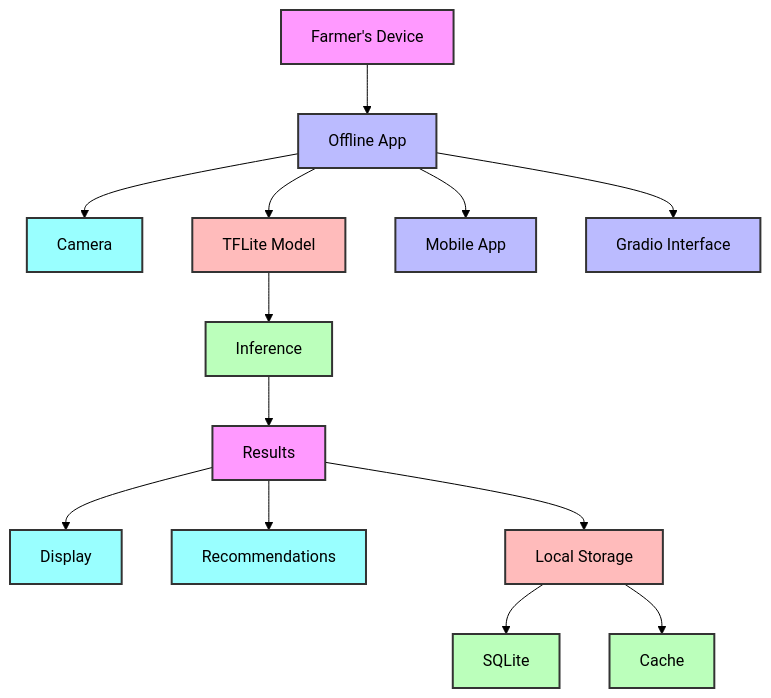
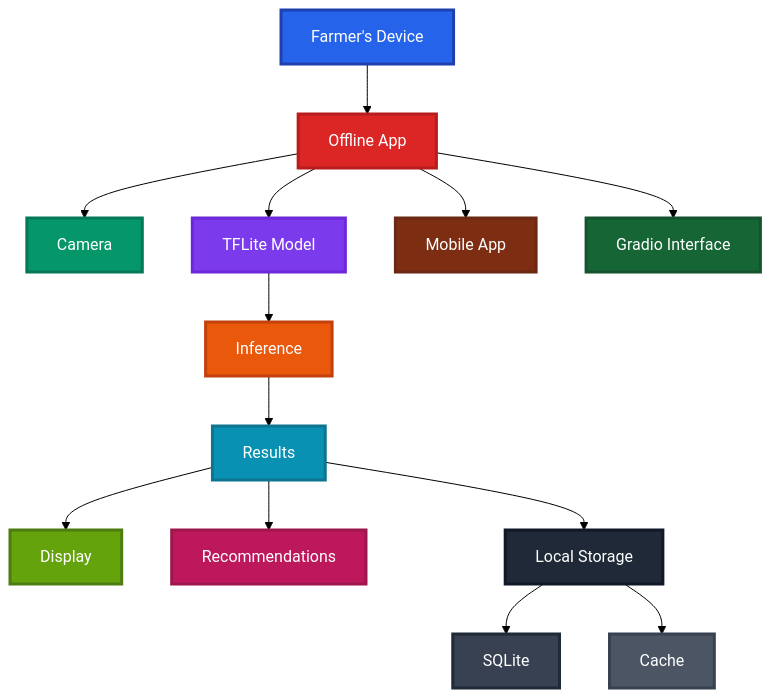
The first of 4 diagrams in docs/ARCHITECTURE.md (VIKAS9793/KrishiRakshak-2.0), drawn with Mermaid (forest theme) before and after one commit. The commit also changed other lines of this file, not shown here.

First line of the commit message:
docs: fix Mermaid diagram rendering issues

````diff
--- a/docs/ARCHITECTURE.md
+++ b/docs/ARCHITECTURE.md
@@ -26,30 +26,30 @@
 ```mermaid
 graph TD
     A[Farmer's Device] --> B[Offline App]
     B --> C[Camera]
     B --> D[TFLite Model]
     D --> E[Inference]
     E --> F[Results]
     F --> G[Display]
     F --> H[Recommendations]
     F --> I[Local Storage]
     
     I --> J[SQLite]
     I --> K[Cache]
     B --> L[Mobile App]
     B --> M[Gradio Interface]
 
-    style A fill:#f9f,stroke:#333,stroke-width:2px
-    style B fill:#bbf,stroke:#333,stroke-width:2px
-    style C fill:#9ff,stroke:#333,stroke-width:2px
-    style D fill:#fbb,stroke:#333,stroke-width:2px
-    style E fill:#bfb,stroke:#333,stroke-width:2px
-    style F fill:#f9f,stroke:#333,stroke-width:2px
-    style G fill:#9ff,stroke:#333,stroke-width:2px
-    style H fill:#9ff,stroke:#333,stroke-width:2px
-    style I fill:#fbb,stroke:#333,stroke-width:2px
-    style J fill:#bfb,stroke:#333,stroke-width:2px
-    style K fill:#bfb,stroke:#333,stroke-width:2px
-    style L fill:#bbf,stroke:#333,stroke-width:2px
-    style M fill:#bbf,stroke:#333,stroke-width:2px
+    style A fill:#2563eb,stroke:#1e40af,stroke-width:3px,color:#ffffff
+    style B fill:#dc2626,stroke:#b91c1c,stroke-width:3px,color:#ffffff
+    style C fill:#059669,stroke:#047857,stroke-width:3px,color:#ffffff
+    style D fill:#7c3aed,stroke:#6d28d9,stroke-width:3px,color:#ffffff
+    style E fill:#ea580c,stroke:#c2410c,stroke-width:3px,color:#ffffff
+    style F fill:#0891b2,stroke:#0e7490,stroke-width:3px,color:#ffffff
+    style G fill:#65a30d,stroke:#4d7c0f,stroke-width:3px,color:#ffffff
+    style H fill:#be185d,stroke:#9d174d,stroke-width:3px,color:#ffffff
+    style I fill:#1f2937,stroke:#111827,stroke-width:3px,color:#ffffff
+    style J fill:#374151,stroke:#1f2937,stroke-width:3px,color:#ffffff
+    style K fill:#4b5563,stroke:#374151,stroke-width:3px,color:#ffffff
+    style L fill:#7c2d12,stroke:#6b2914,stroke-width:3px,color:#ffffff
+    style M fill:#166534,stroke:#14532d,stroke-width:3px,color:#ffffff
 ```
````
